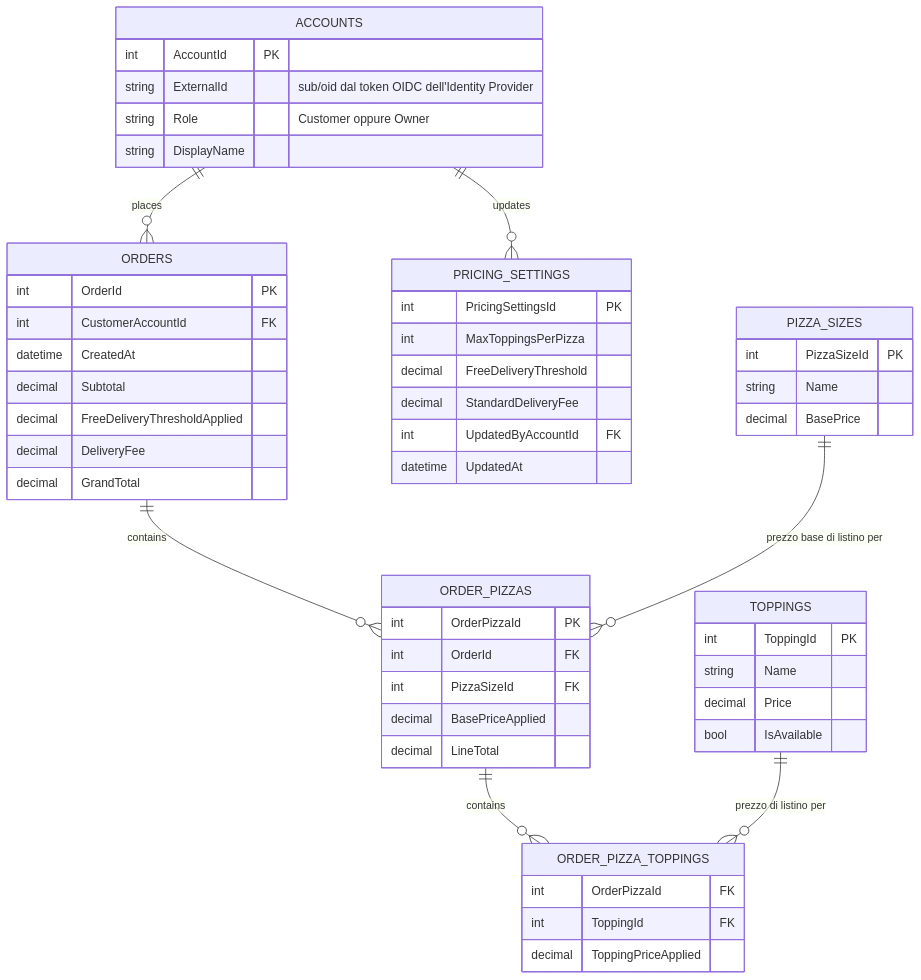
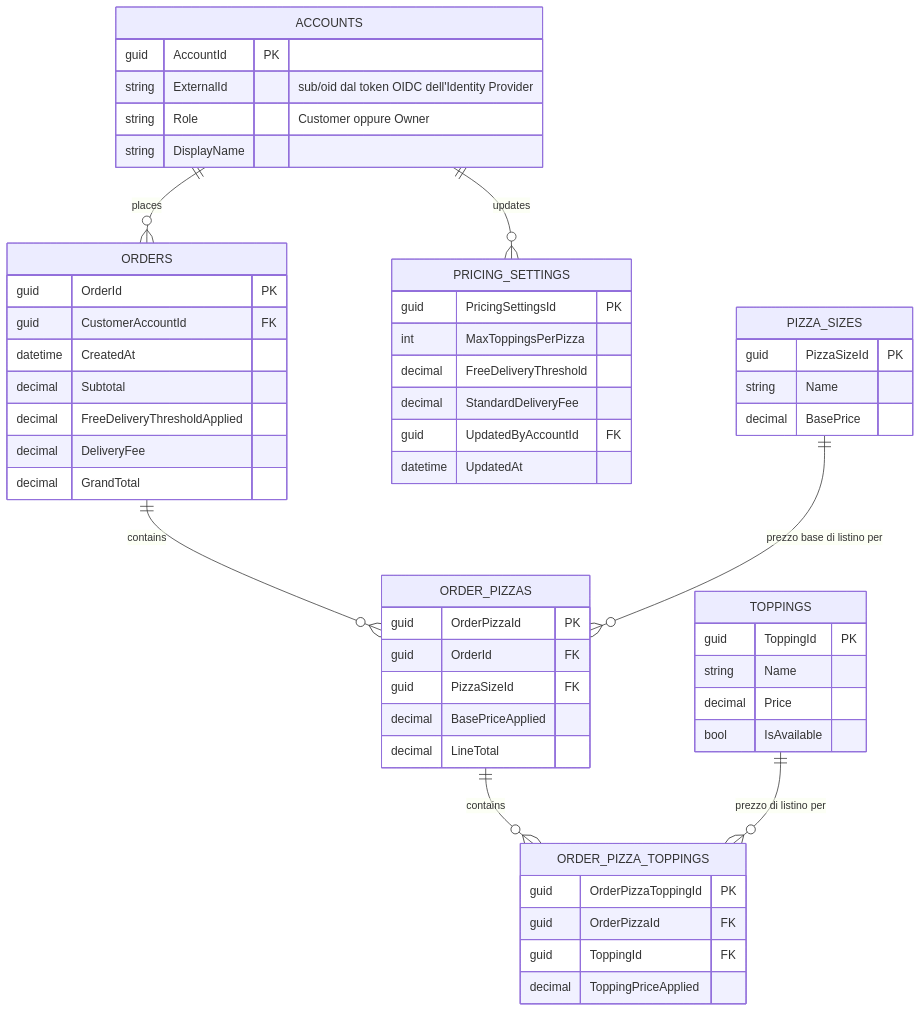
One commit to Timon-code95/PizzaShop changed the diagram in docs/c4-model/06-er-model.md. Above: the diagram before and after it, drawn with Mermaid. The commit also changed other lines of this file and 11 other files, not shown here.

````diff
--- a/docs/c4-model/06-er-model.md
+++ b/docs/c4-model/06-er-model.md
@@ -41,62 +56,63 @@
 ```mermaid
 erDiagram
 	ACCOUNTS ||--o{ ORDERS : places
 	ACCOUNTS ||--o{ PRICING_SETTINGS : updates
 	ORDERS ||--o{ ORDER_PIZZAS : contains
 	ORDER_PIZZAS ||--o{ ORDER_PIZZA_TOPPINGS : contains
 	PIZZA_SIZES ||--o{ ORDER_PIZZAS : "prezzo base di listino per"
 	TOPPINGS ||--o{ ORDER_PIZZA_TOPPINGS : "prezzo di listino per"
 
 	ACCOUNTS {
-		int AccountId PK
+		guid AccountId PK
 		string ExternalId "sub/oid dal token OIDC dell'Identity Provider"
 		string Role "Customer oppure Owner"
 		string DisplayName
 	}
 
 	ORDERS {
-		int OrderId PK
-		int CustomerAccountId FK
+		guid OrderId PK
+		guid CustomerAccountId FK
 		datetime CreatedAt
 		decimal Subtotal
 		decimal FreeDeliveryThresholdApplied
 		decimal DeliveryFee
 		decimal GrandTotal
 	}
 
 	ORDER_PIZZAS {
-		int OrderPizzaId PK
-		int OrderId FK
-		int PizzaSizeId FK
+		guid OrderPizzaId PK
+		guid OrderId FK
+		guid PizzaSizeId FK
 		decimal BasePriceApplied
 		decimal LineTotal
 	}
 
 	ORDER_PIZZA_TOPPINGS {
-		int OrderPizzaId FK
-		int ToppingId FK
+		guid OrderPizzaToppingId PK
+		guid OrderPizzaId FK
+		guid ToppingId FK
 		decimal ToppingPriceApplied
 	}
 
 	PIZZA_SIZES {
-		int PizzaSizeId PK
+		guid PizzaSizeId PK
 		string Name
 		decimal BasePrice
 	}
 
 	TOPPINGS {
-		int ToppingId PK
+		guid ToppingId PK
 		string Name
 		decimal Price
 		bool IsAvailable
 	}
 
 	PRICING_SETTINGS {
-		int PricingSettingsId PK
+		guid PricingSettingsId PK
 		int MaxToppingsPerPizza
 		decimal FreeDeliveryThreshold
 		decimal StandardDeliveryFee
-		int UpdatedByAccountId FK
+		guid UpdatedByAccountId FK
 		datetime UpdatedAt
 	}
 ```
````
